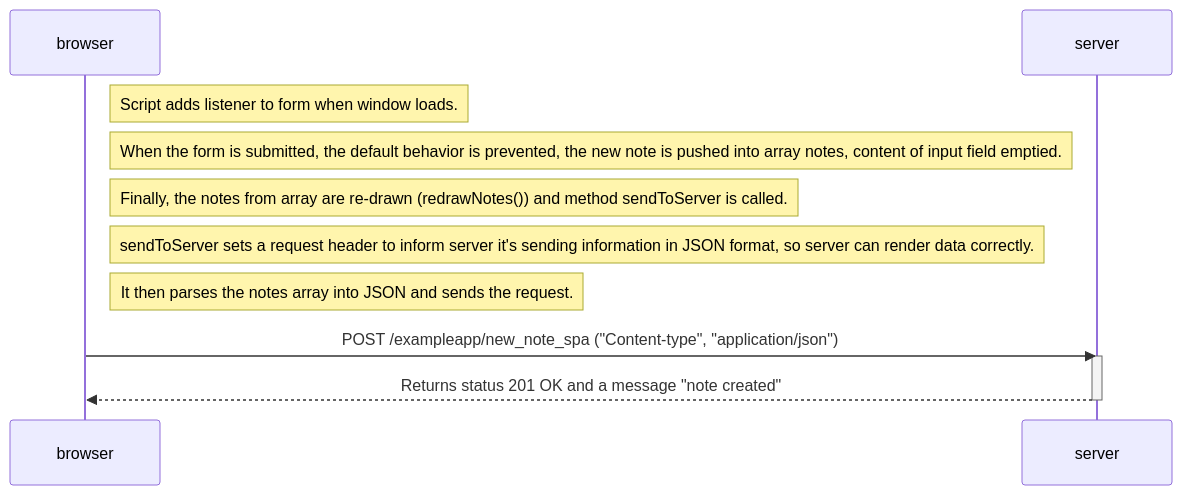
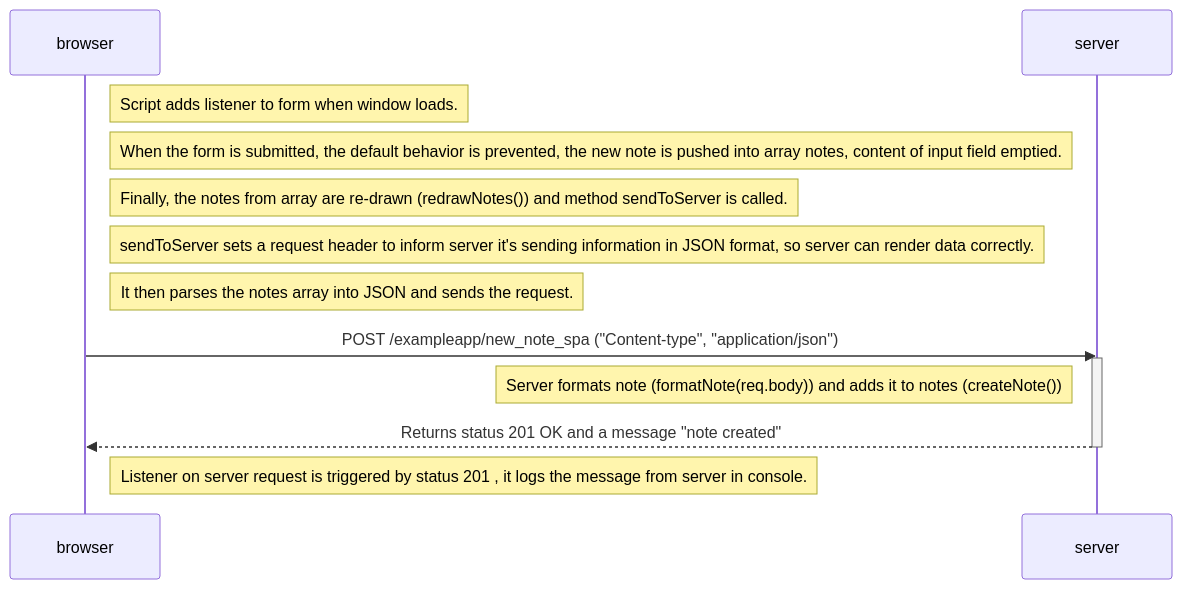
One commit to po8po9/fullstackopen_mazzarella changed the diagram in part0/new_note_SPA.md. Above: the diagram before and after it, drawn with Mermaid.

Commit message:
Update new_note_SPA.md
better layout

````diff
--- a/part0/new_note_SPA.md
+++ b/part0/new_note_SPA.md
@@ -1,25 +1,28 @@
 ```mermaid
 sequenceDiagram
     participant browser
     participant server
 
     Note right of browser: Script adds listener to form when window loads. 
 
     Note right of browser: When the form is submitted, the default behavior is prevented, the new note is pushed into array notes, content of input field emptied.
 
     Note right of browser:Finally, the notes from array are re-drawn (redrawNotes()) and method sendToServer is called.
 
     Note right of browser: sendToServer sets a request header to inform server it's sending information in JSON format, so server can render data correctly.
 
     Note right of browser:It then parses the notes array into JSON and sends the request.
 
     browser->>server: POST /exampleapp/new_note_spa ("Content-type", "application/json")
     activate server
+
+    Note left of server: Server formats note (formatNote(req.body)) and adds it to notes (createNote())
     server-->>browser: Returns status 201 OK and a message "note created"  
     deactivate server
 
+    Note right of browser: Listener on server request is triggered by status 201 , it logs the message from server in console.
    
   
     
 
 ```
````
